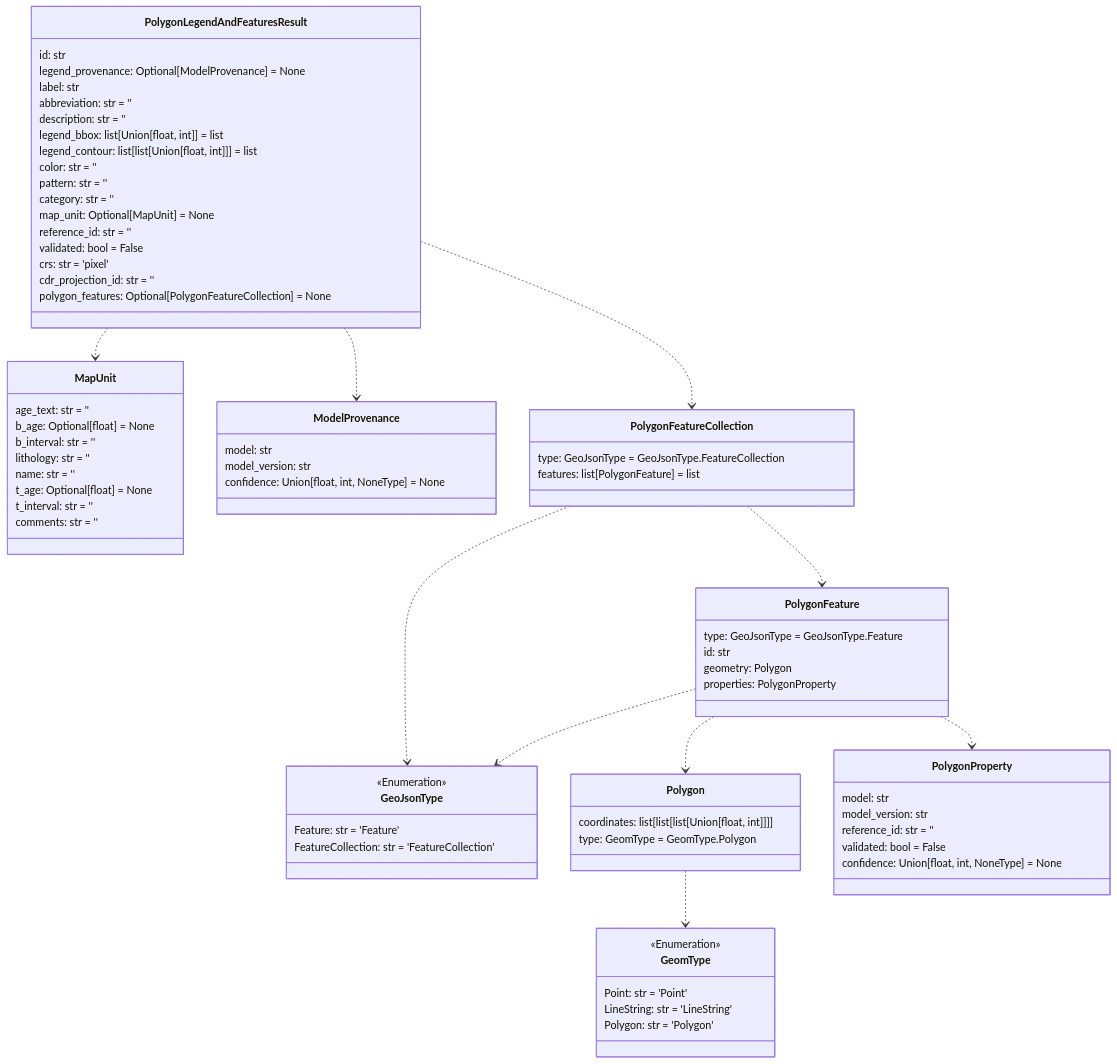
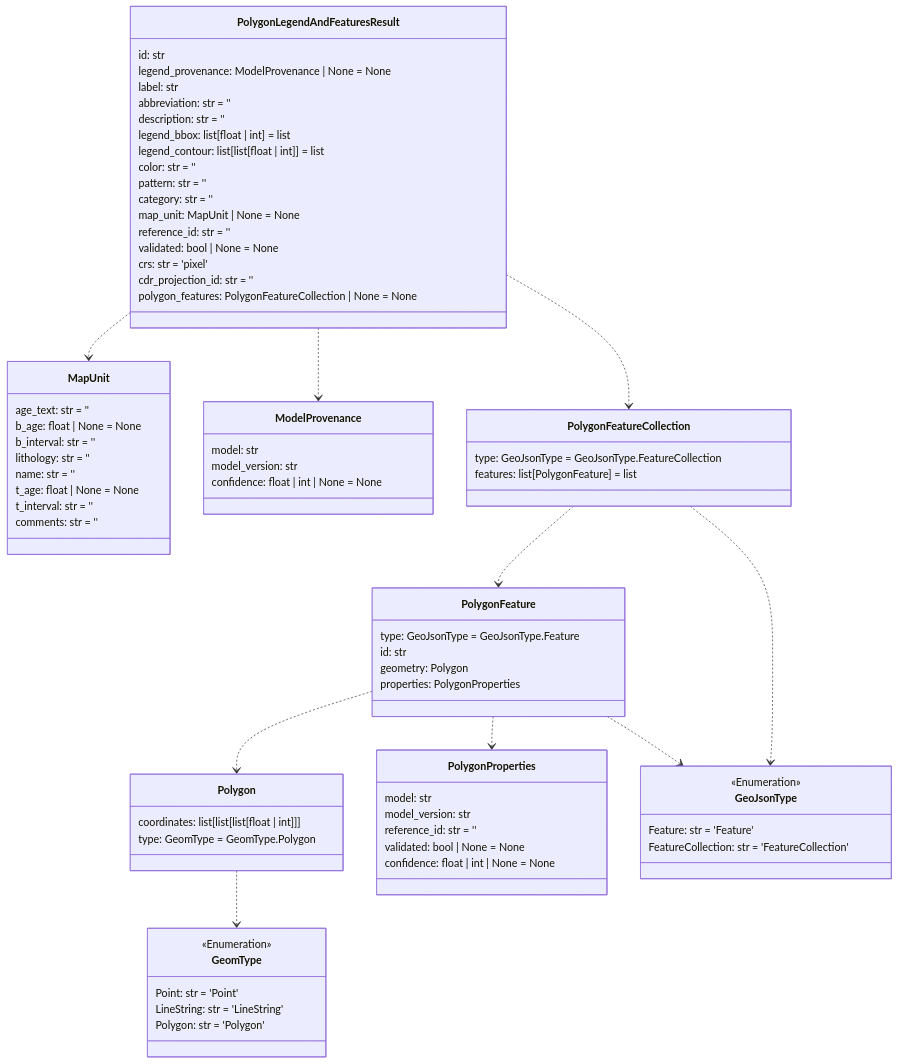
One commit to DARPA-CRITICALMAAS/cdr_schemas changed the seventh of 14 diagrams in README.md. Above: the diagram before and after it, drawn with Mermaid. The commit also changed other lines of this file and 4 other files, not shown here.

````diff
--- a/README.md
+++ b/README.md
@@ -543,34 +543,72 @@
 ```mermaid
 classDiagram
 
+    class GeomType {
+        <<Enumeration>>
+        Point: str = 'Point'
+        LineString: str = 'LineString'
+        Polygon: str = 'Polygon'
+    }
+
     class MapUnit {
         age_text: str = ''
-        b_age: Optional[float] = None
+        b_age: float | None = None
         b_interval: str = ''
         lithology: str = ''
         name: str = ''
-        t_age: Optional[float] = None
+        t_age: float | None = None
         t_interval: str = ''
         comments: str = ''
     }
 
+    class ModelProvenance {
+        model: str
+        model_version: str
+        confidence: float | int | None = None
+    }
+
+    class PolygonFeature {
+        type: GeoJsonType = GeoJsonType.Feature
+        id: str
+        geometry: Polygon
+        properties: PolygonProperties
+    }
+
+    class Polygon {
+        coordinates: list[list[list[float | int]]]
+        type: GeomType = GeomType.Polygon
+    }
+
+    class PolygonProperties {
+        model: str
+        model_version: str
+        reference_id: str = ''
+        validated: bool | None = None
+        confidence: float | int | None = None
+    }
+
     class PolygonLegendAndFeaturesResult {
         id: str
-        legend_provenance: Optional[ModelProvenance] = None
+        legend_provenance: ModelProvenance | None = None
         label: str
         abbreviation: str = ''
         description: str = ''
-        legend_bbox: list[Union[float, int]] = list
-        legend_contour: list[list[Union[float, int]]] = list
+        legend_bbox: list[float | int] = list
+        legend_contour: list[list[float | int]] = list
         color: str = ''
         pattern: str = ''
         category: str = ''
-        map_unit: Optional[MapUnit] = None
+        map_unit: MapUnit | None = None
         reference_id: str = ''
-        validated: bool = False
+        validated: bool | None = None
         crs: str = 'pixel'
         cdr_projection_id: str = ''
-        polygon_features: Optional[PolygonFeatureCollection] = None
+        polygon_features: PolygonFeatureCollection | None = None
+    }
+
+    class PolygonFeatureCollection {
+        type: GeoJsonType = GeoJsonType.FeatureCollection
+        features: list[PolygonFeature] = list
     }
 
     class GeoJsonType {
@@ -579,53 +617,15 @@
         FeatureCollection: str = 'FeatureCollection'
     }
 
-    class PolygonFeature {
-        type: GeoJsonType = GeoJsonType.Feature
-        id: str
-        geometry: Polygon
-        properties: PolygonProperty
-    }
-
-    class GeomType {
-        <<Enumeration>>
-        Point: str = 'Point'
-        LineString: str = 'LineString'
-        Polygon: str = 'Polygon'
-    }
-
-    class ModelProvenance {
-        model: str
-        model_version: str
-        confidence: Union[float, int, NoneType] = None
-    }
-
-    class Polygon {
-        coordinates: list[list[list[Union[float, int]]]]
-        type: GeomType = GeomType.Polygon
-    }
-
-    class PolygonFeatureCollection {
-        type: GeoJsonType = GeoJsonType.FeatureCollection
-        features: list[PolygonFeature] = list
-    }
-
-    class PolygonProperty {
-        model: str
-        model_version: str
-        reference_id: str = ''
-        validated: bool = False
-        confidence: Union[float, int, NoneType] = None
-    }
-
     Polygon ..> GeomType
     PolygonFeature ..> Polygon
-    PolygonFeature ..> PolygonProperty
+    PolygonFeature ..> PolygonProperties
     PolygonFeature ..> GeoJsonType
     PolygonFeatureCollection ..> GeoJsonType
     PolygonFeatureCollection ..> PolygonFeature
+    PolygonLegendAndFeaturesResult ..> PolygonFeatureCollection
+    PolygonLegendAndFeaturesResult ..> MapUnit
     PolygonLegendAndFeaturesResult ..> ModelProvenance
-    PolygonLegendAndFeaturesResult ..> MapUnit
-    PolygonLegendAndFeaturesResult ..> PolygonFeatureCollection
 
 
 ```
````
